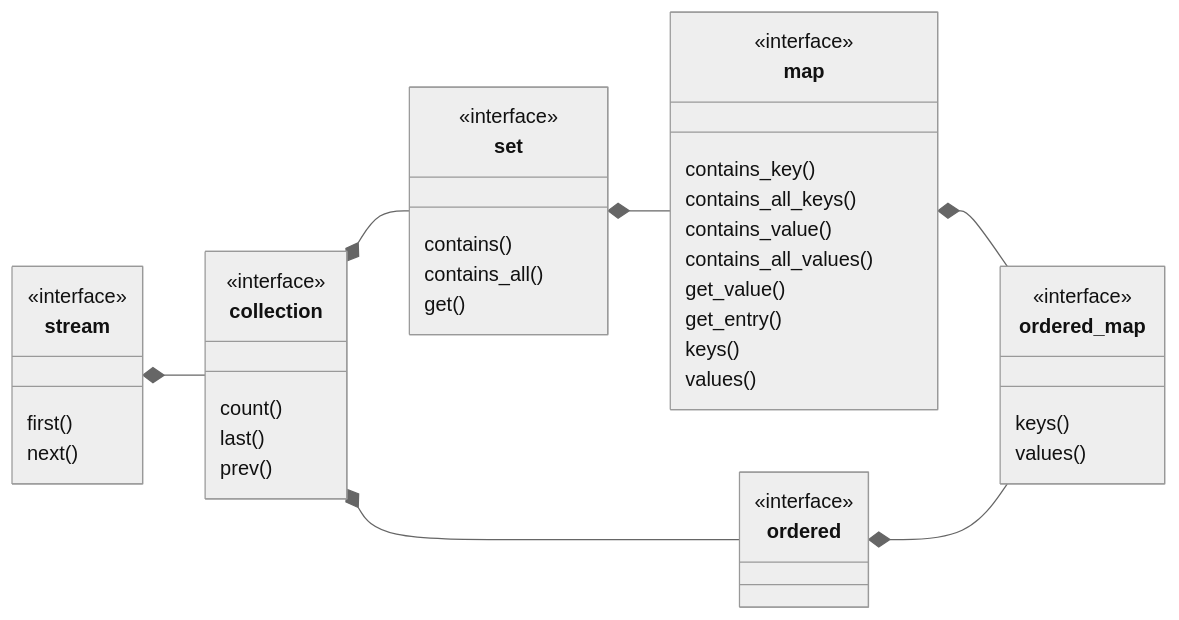
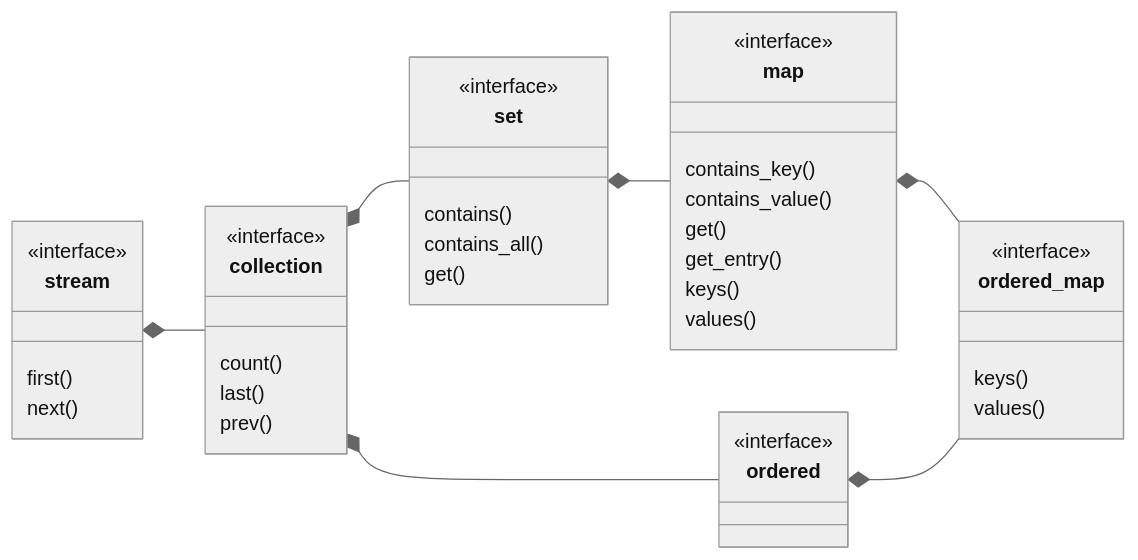
One commit to pretore/aquarium-butterflyfish changed the diagram in doc/ordered_map.md. Above: the diagram before and after it, drawn with Mermaid (neutral theme). The commit also changed 14 other files, not shown here.

````diff
--- a/doc/ordered_map.md
+++ b/doc/ordered_map.md
@@ -3,45 +3,43 @@
 ```mermaid
 classDiagram
     direction LR
     class stream {
         first()
         next()
     }
     <<interface>> stream
     class collection {
         count()
         last()
         prev()
     }
     <<interface>> collection
     stream *-- collection
     class ordered
     <<interface>> ordered
     collection *-- ordered
     class set {
         contains()
         contains_all()
         get()
     }
     <<interface>> set
     collection *-- set
     class map {
         contains_key()
-        contains_all_keys()
         contains_value()
-        contains_all_values()
-        get_value()
+        get()
         get_entry()
         keys()
         values()
     }
     <<interface>> map
     set *-- map
     class ordered_map {
         keys()
         values()
     }
     <<interface>> ordered_map
     map *-- ordered_map
     ordered *-- ordered_map
 ```
````
